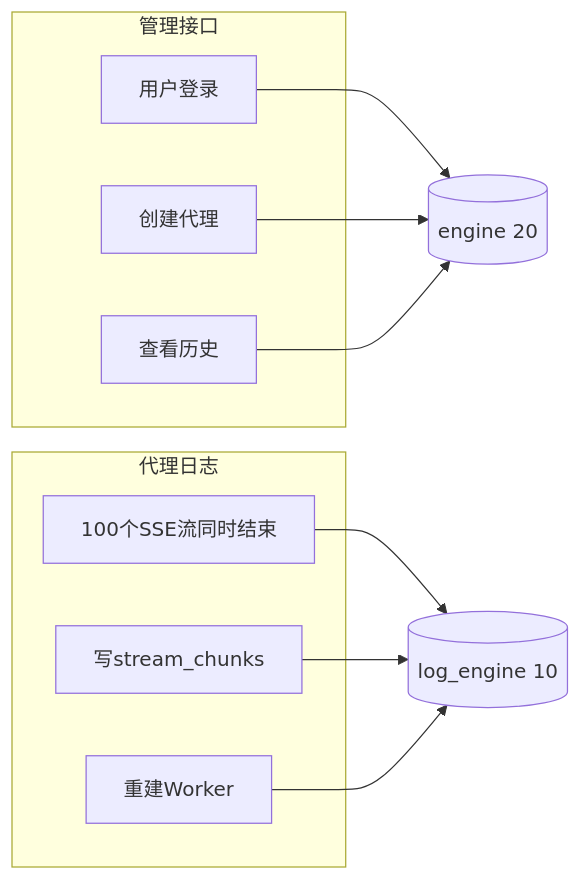
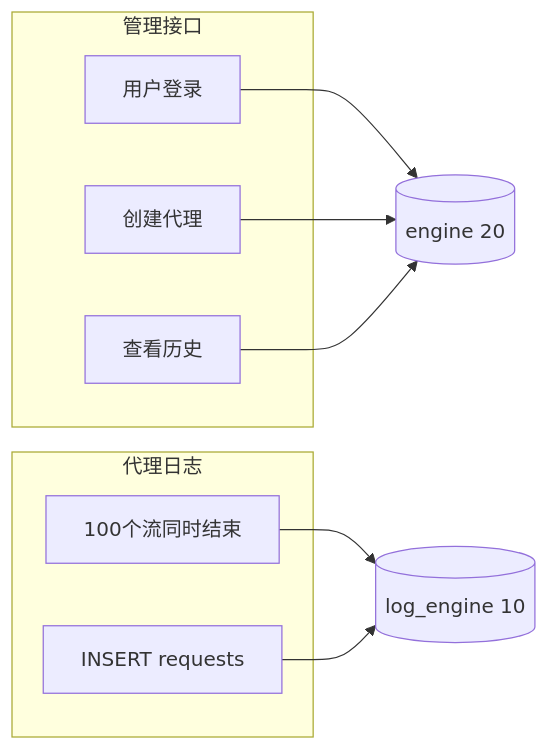
The seventh of 9 diagrams in README.md (HaoCheng-Wang/llm-proxy), drawn with Mermaid before and after one commit. The commit also changed other lines of this file and 10 other files, not shown here.

````diff
--- a/README.md
+++ b/README.md
@@ -384,19 +325,17 @@
 ```mermaid
 flowchart LR
     subgraph 管理接口
         A[用户登录]
         B[创建代理]
         C[查看历史]
     end
     subgraph 代理日志
-        D[100个SSE流同时结束]
-        E[写stream_chunks]
-        F[重建Worker]
+        D[100个流同时结束]
+        E[INSERT requests]
     end
     A --> engine[(engine 20)]
     B --> engine
     C --> engine
     D --> log[(log_engine 10)]
     E --> log
-    F --> log
 ```
````
